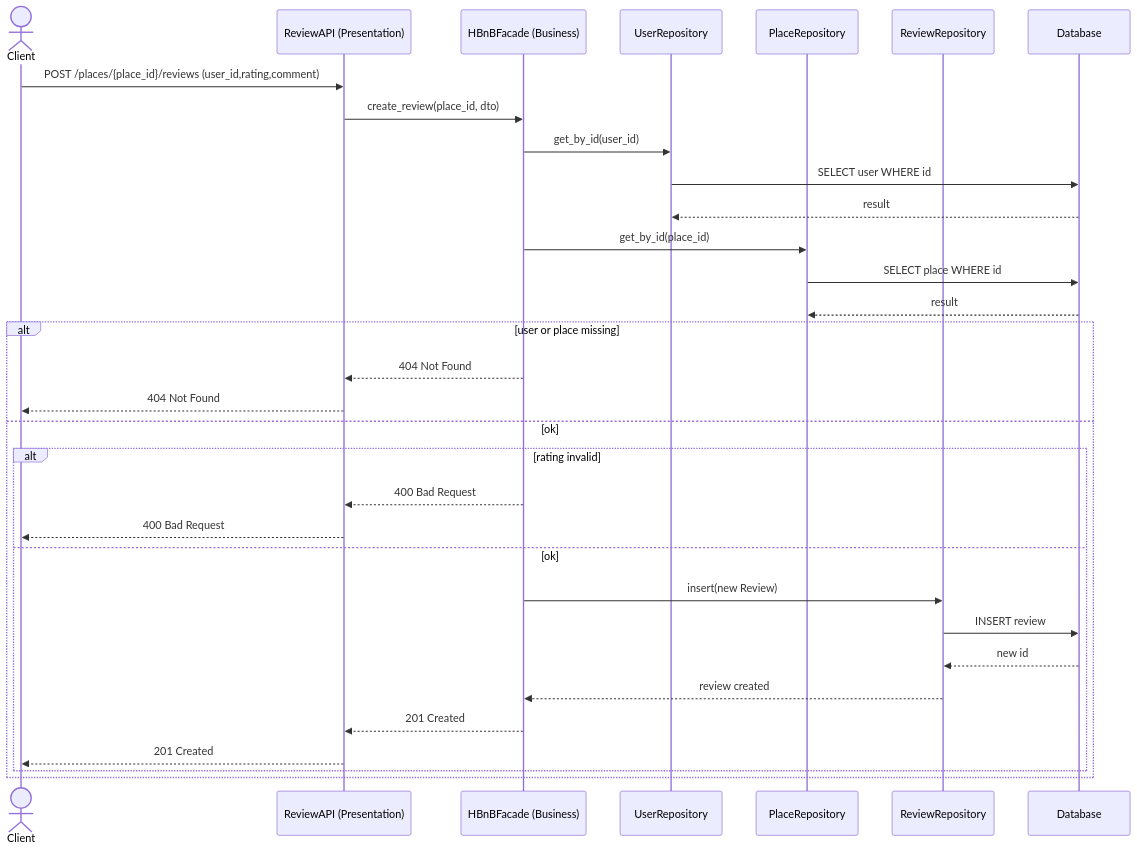
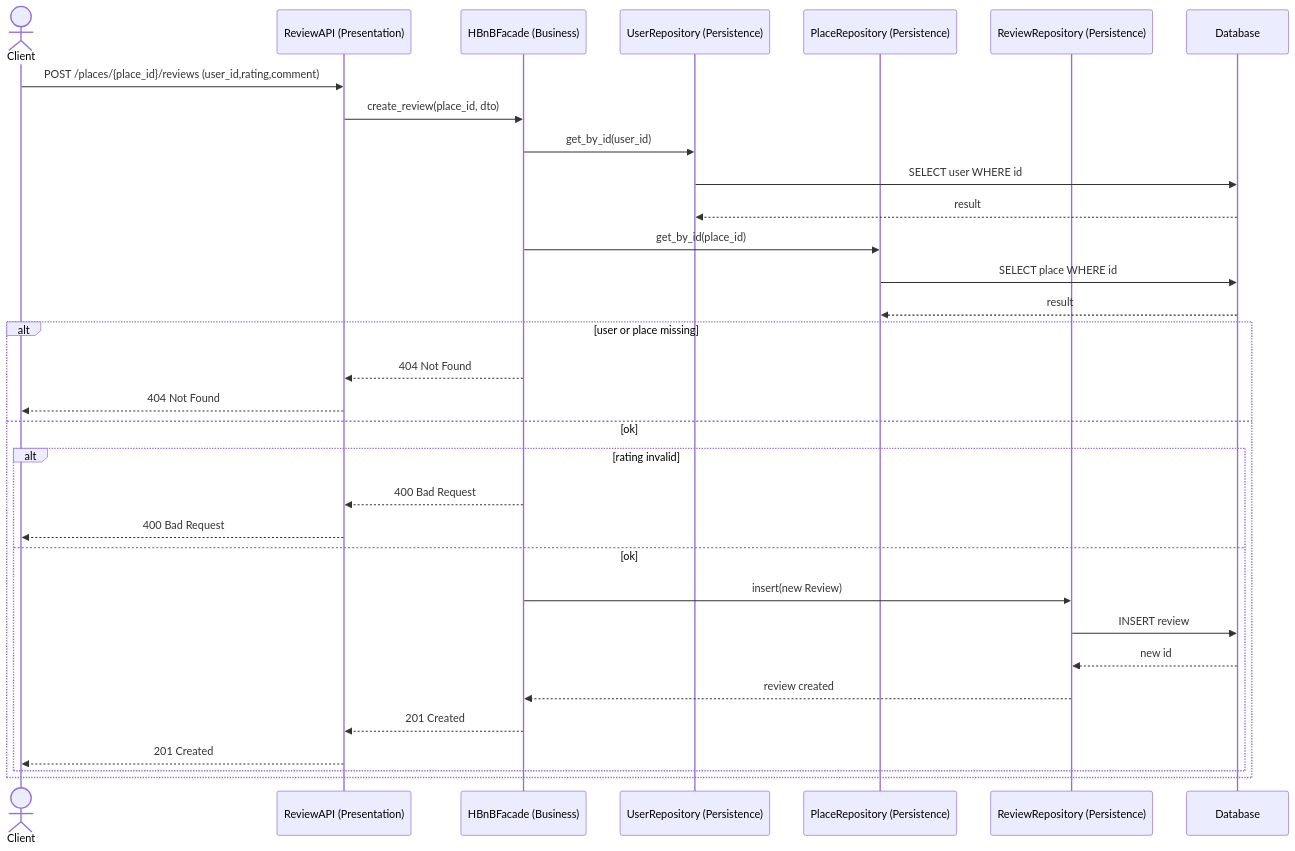
Before and after one commit to Jamhalex/holbertonschool-hbnb: the diagram in part1/diagrams/04_seq_review_submit.mmd, drawn with Mermaid. The commit also changed 7 other files, not shown here.

Commit message:
Part 1: Task 2 sequence diagrams + notes + PNG exports

```diff
--- a/part1/diagrams/04_seq_review_submit.mmd
+++ b/part1/diagrams/04_seq_review_submit.mmd
@@ -1,36 +1,36 @@
 sequenceDiagram
 actor Client
 participant API as ReviewAPI (Presentation)
 participant Facade as HBnBFacade (Business)
-participant URepo as UserRepository
-participant PRepo as PlaceRepository
-participant RRepo as ReviewRepository
+participant URepo as UserRepository (Persistence)
+participant PRepo as PlaceRepository (Persistence)
+participant RRepo as ReviewRepository (Persistence)
 participant DB as Database
 
 Client->>API: POST /places/{place_id}/reviews (user_id,rating,comment)
 API->>Facade: create_review(place_id, dto)
 
 Facade->>URepo: get_by_id(user_id)
 URepo->>DB: SELECT user WHERE id
 DB-->>URepo: result
 
 Facade->>PRepo: get_by_id(place_id)
 PRepo->>DB: SELECT place WHERE id
 DB-->>PRepo: result
 
 alt user or place missing
   Facade-->>API: 404 Not Found
   API-->>Client: 404 Not Found
 else ok
   alt rating invalid
     Facade-->>API: 400 Bad Request
     API-->>Client: 400 Bad Request
   else ok
     Facade->>RRepo: insert(new Review)
     RRepo->>DB: INSERT review
     DB-->>RRepo: new id
     RRepo-->>Facade: review created
     Facade-->>API: 201 Created
     API-->>Client: 201 Created
   end
 end
```
